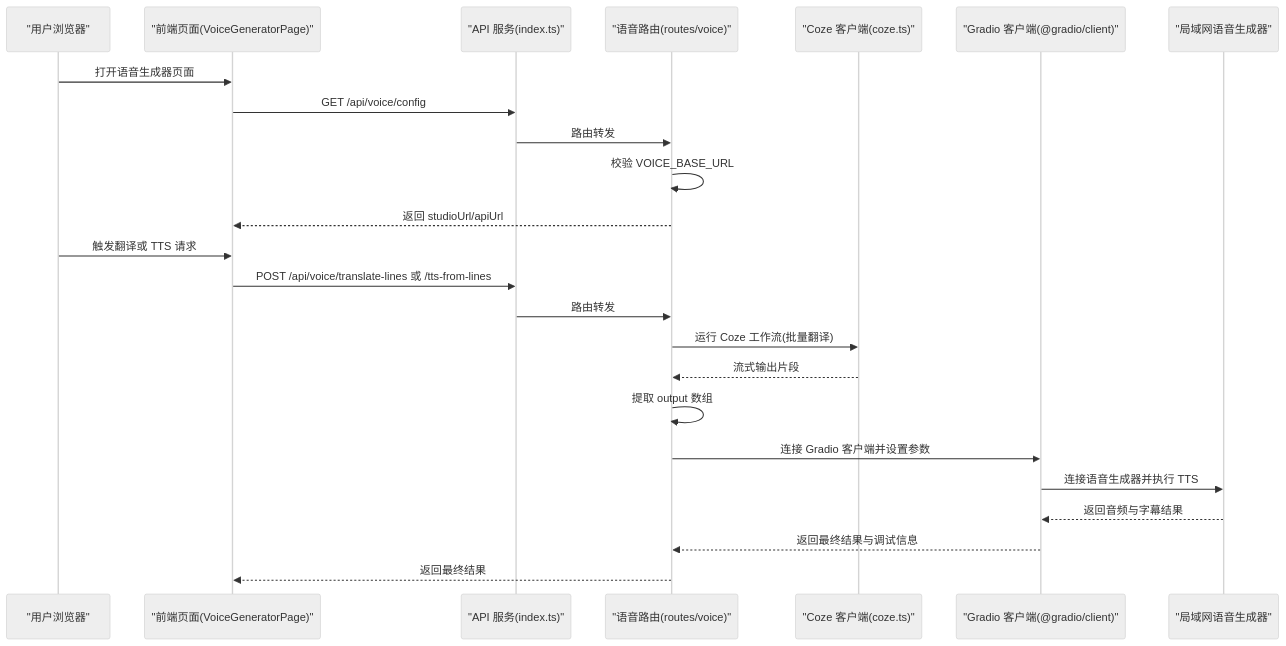
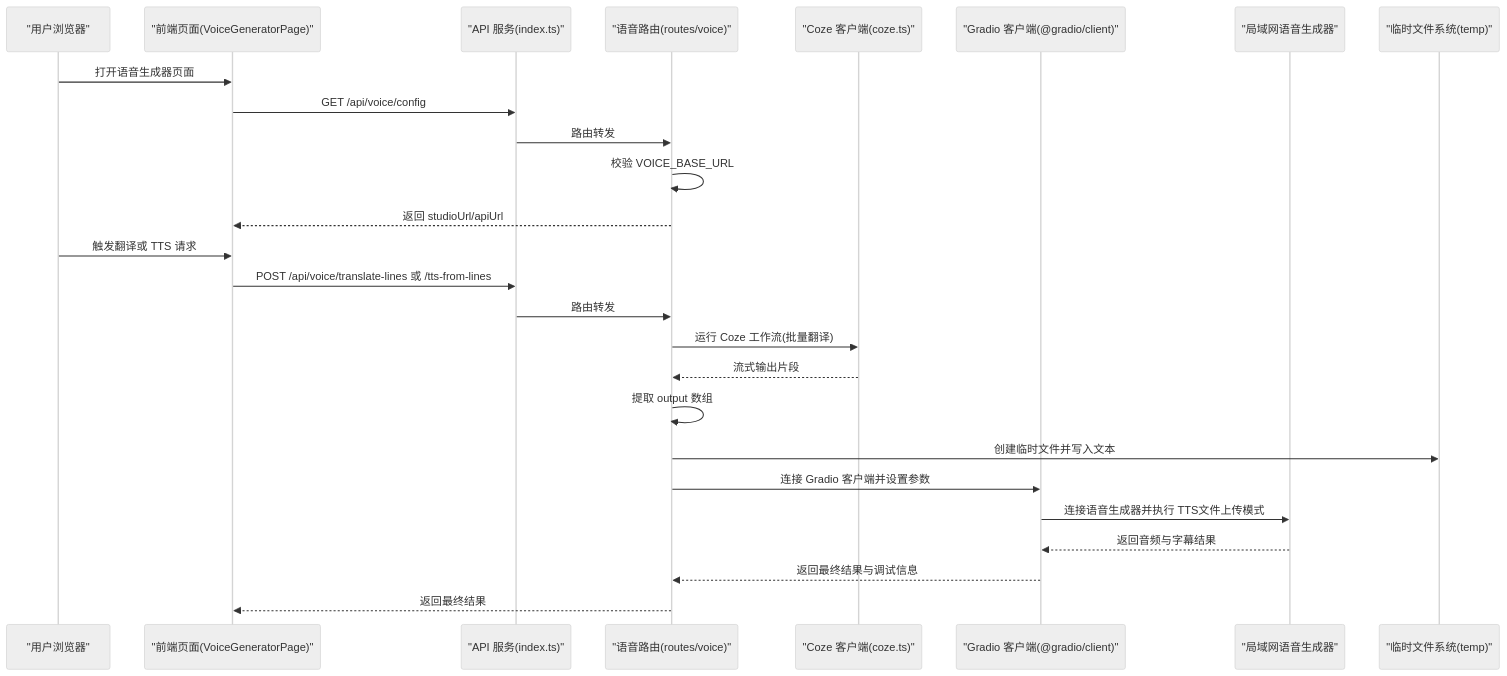
The second of 4 diagrams in .qoder/repowiki/zh/content/语音生成系统.md (hanksd769-droid/sailshub), drawn with Mermaid (neutral theme) before and after one commit. The commit also changed other lines of this file and 3 other files, not shown here.

````diff
--- a/.qoder/repowiki/zh/content/语音生成系统.md
+++ b/.qoder/repowiki/zh/content/语音生成系统.md
@@ -132,26 +139,28 @@
 ```mermaid
 sequenceDiagram
 participant U as "用户浏览器"
 participant W as "前端页面(VoiceGeneratorPage)"
 participant A as "API 服务(index.ts)"
 participant V as "语音路由(routes/voice)"
 participant C as "Coze 客户端(coze.ts)"
 participant G as "Gradio 客户端(@gradio/client)"
 participant S as "局域网语音生成器"
+participant T as "临时文件系统(temp)"
 U->>W : 打开语音生成器页面
 W->>A : GET /api/voice/config
 A->>V : 路由转发
 V->>V : 校验 VOICE_BASE_URL
 V-->>W : 返回 studioUrl/apiUrl
 U->>W : 触发翻译或 TTS 请求
 W->>A : POST /api/voice/translate-lines 或 /tts-from-lines
 A->>V : 路由转发
 V->>C : 运行 Coze 工作流(批量翻译)
 C-->>V : 流式输出片段
 V->>V : 提取 output 数组
+V->>T : 创建临时文件并写入文本
 V->>G : 连接 Gradio 客户端并设置参数
-G->>S : 连接语音生成器并执行 TTS
+G->>S : 连接语音生成器并执行 TTS文件上传模式
 S-->>G : 返回音频与字幕结果
 G-->>V : 返回最终结果与调试信息
 V-->>W : 返回最终结果
 ```
````
